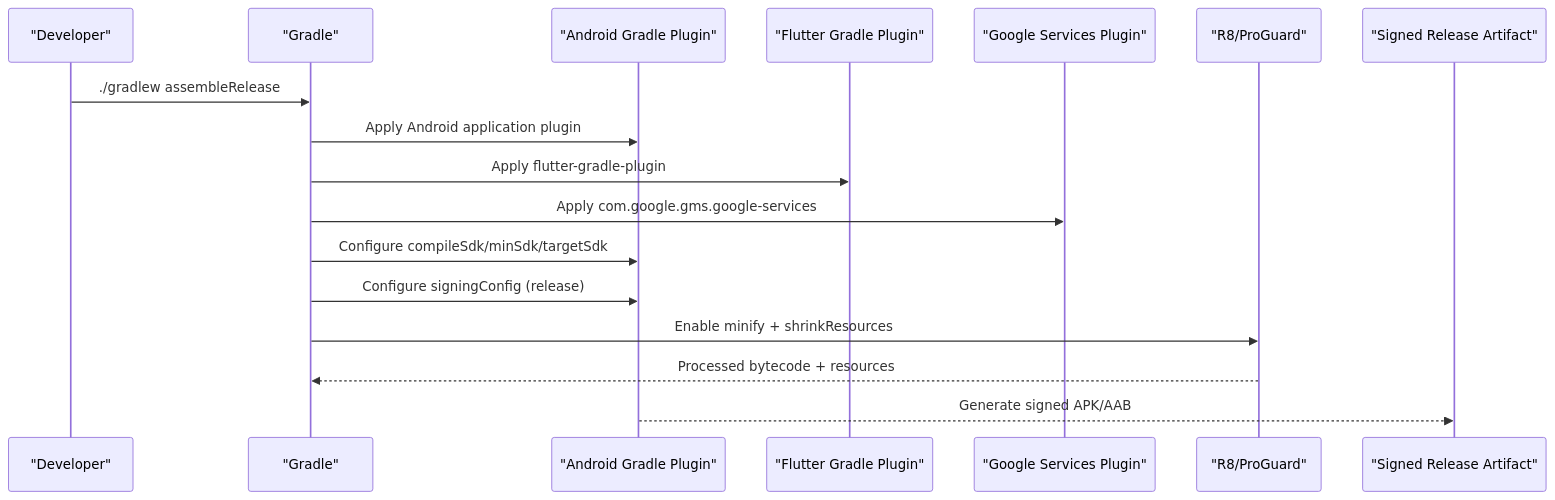
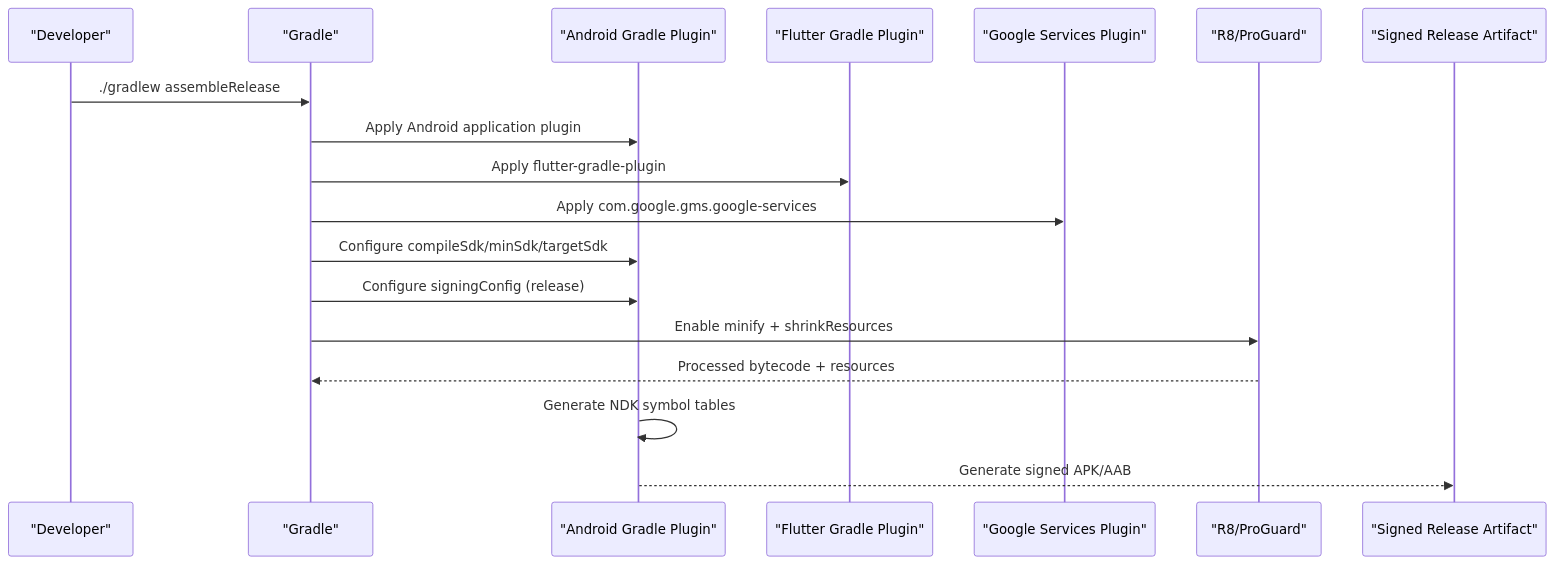
The second of 4 diagrams in .qoder/repowiki/en/content/Deployment & Build Process/Android Build & Deployment.md (Advanstech/Lidapay-shop), drawn with Mermaid before and after one commit. The commit also changed other lines of this file and 174 other files, not shown here.

````diff
--- a/.qoder/repowiki/en/content/Deployment & Build Process/Android Build & Deployment.md
+++ b/.qoder/repowiki/en/content/Deployment & Build Process/Android Build & Deployment.md
@@ -100,19 +108,20 @@
 ```mermaid
 sequenceDiagram
 participant Dev as "Developer"
 participant Gradle as "Gradle"
 participant AGP as "Android Gradle Plugin"
 participant Flutter as "Flutter Gradle Plugin"
 participant GMS as "Google Services Plugin"
 participant R8 as "R8/ProGuard"
 participant Output as "Signed Release Artifact"
 Dev->>Gradle : ./gradlew assembleRelease
 Gradle->>AGP : Apply Android application plugin
 Gradle->>Flutter : Apply flutter-gradle-plugin
 Gradle->>GMS : Apply com.google.gms.google-services
 Gradle->>AGP : Configure compileSdk/minSdk/targetSdk
 Gradle->>AGP : Configure signingConfig (release)
 Gradle->>R8 : Enable minify + shrinkResources
 R8-->>Gradle : Processed bytecode + resources
+AGP->>AGP : Generate NDK symbol tables
 AGP-->>Output : Generate signed APK/AAB
 ```
````
